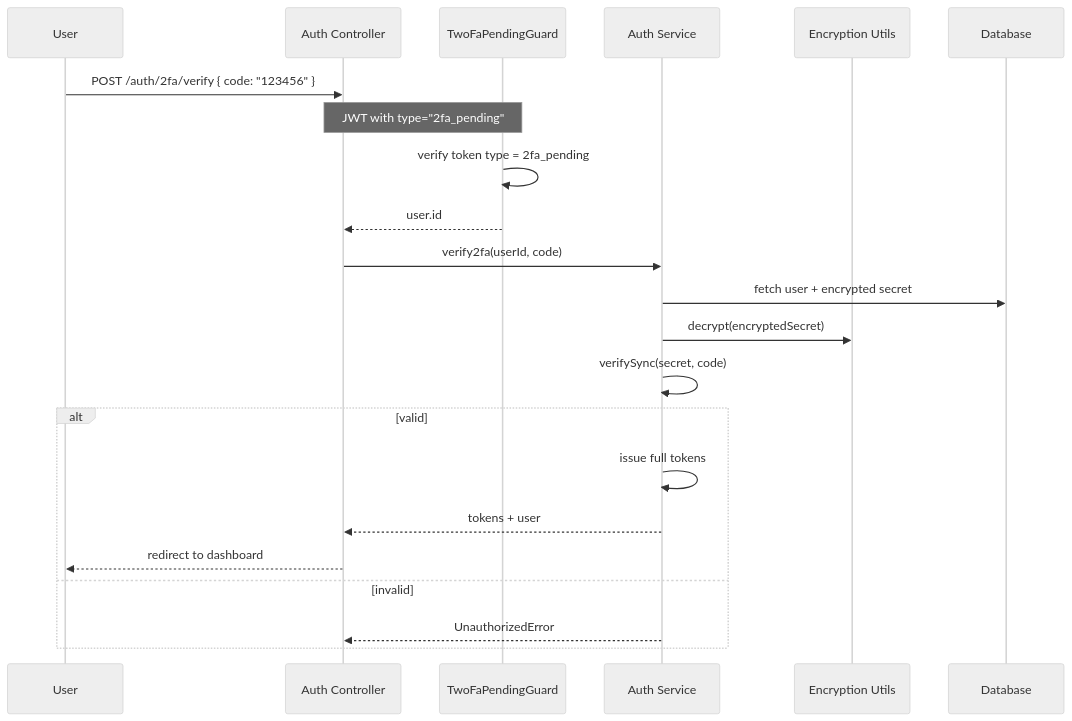
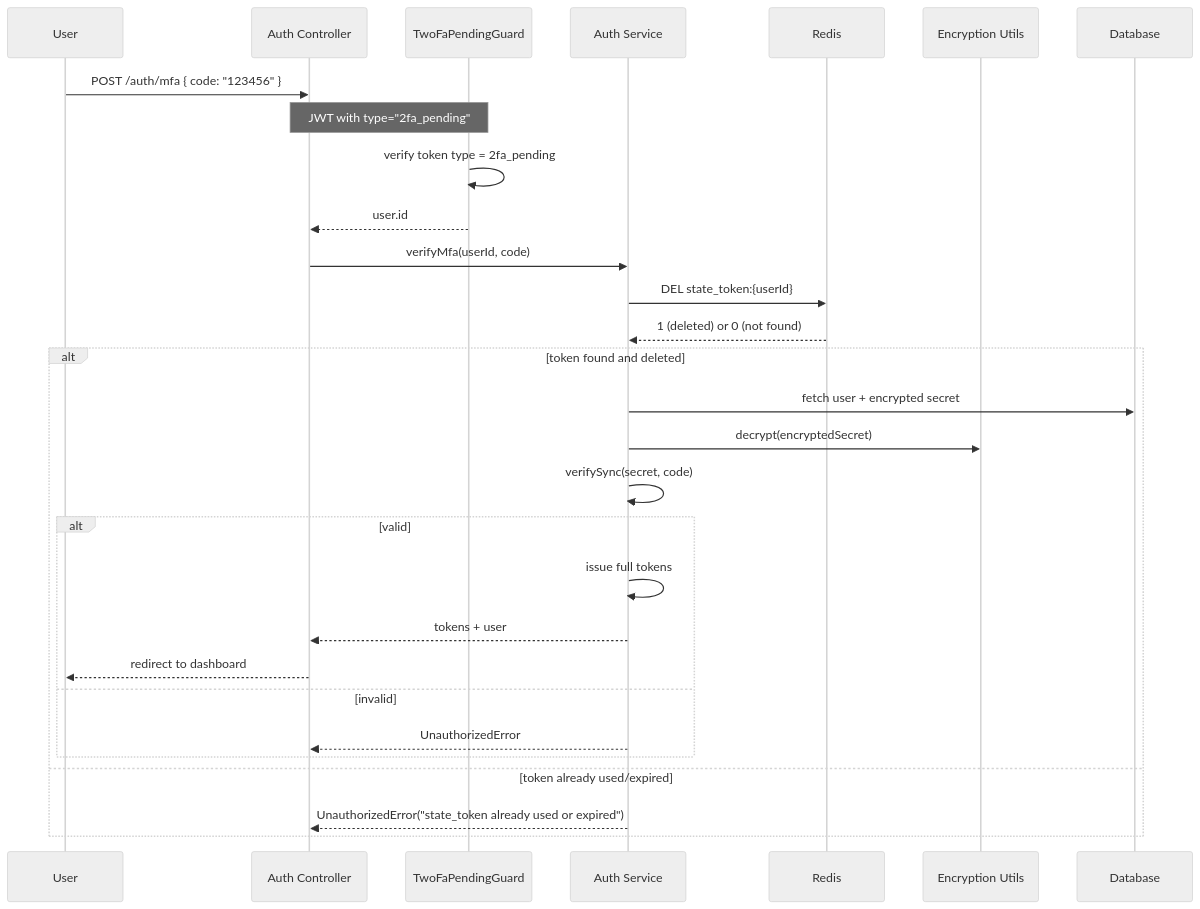
Before and after one commit to daviduzondu/skillbridge-stage-5-be: the fifth of 7 diagrams in system-design.md, drawn with Mermaid (neutral theme). The commit also changed other lines of this file and 11 other files, not shown here.

````diff
--- a/system-design.md
+++ b/system-design.md
@@ -122,25 +128,32 @@
 ```mermaid
 sequenceDiagram
     participant U as User
     participant C as Auth Controller
     participant G as TwoFaPendingGuard
     participant S as Auth Service
+    participant R as Redis
     participant E as Encryption Utils
     participant DB as Database
 
-    U->>C: POST /auth/2fa/verify { code: "123456" }
+    U->>C: POST /auth/mfa { code: "123456" }
     Note over C,G: JWT with type="2fa_pending"
     G->>G: verify token type = 2fa_pending
     G-->>C: user.id
-    C->>S: verify2fa(userId, code)
-    S->>DB: fetch user + encrypted secret
-    S->>E: decrypt(encryptedSecret)
-    S->>S: verifySync(secret, code)
-    alt valid
-        S->>S: issue full tokens
-        S-->>C: tokens + user
-        C-->>U: redirect to dashboard
-    else invalid
-        S-->>C: UnauthorizedError
+    C->>S: verifyMfa(userId, code)
+    S->>R: DEL state_token:{userId}
+    R-->>S: 1 (deleted) or 0 (not found)
+    alt token found and deleted
+        S->>DB: fetch user + encrypted secret
+        S->>E: decrypt(encryptedSecret)
+        S->>S: verifySync(secret, code)
+        alt valid
+            S->>S: issue full tokens
+            S-->>C: tokens + user
+            C-->>U: redirect to dashboard
+        else invalid
+            S-->>C: UnauthorizedError
+        end
+    else token already used/expired
+        S-->>C: UnauthorizedError("state_token already used or expired")
     end
 ```
````
